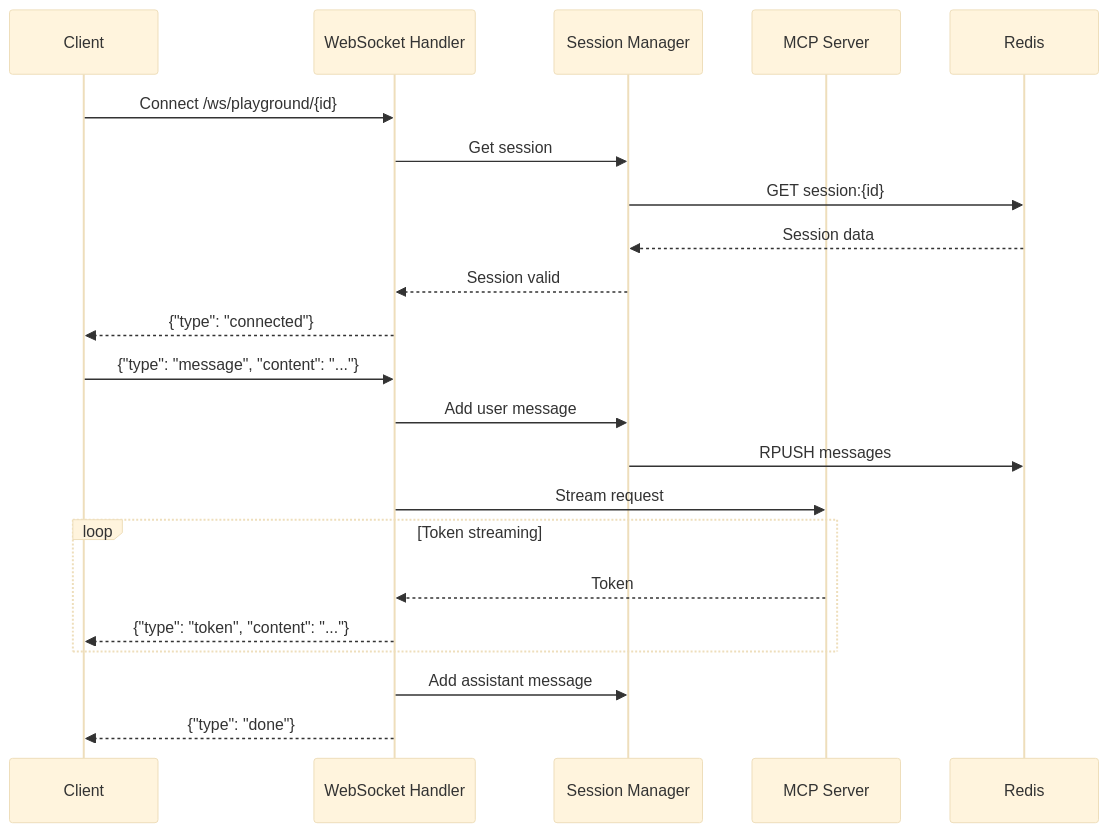
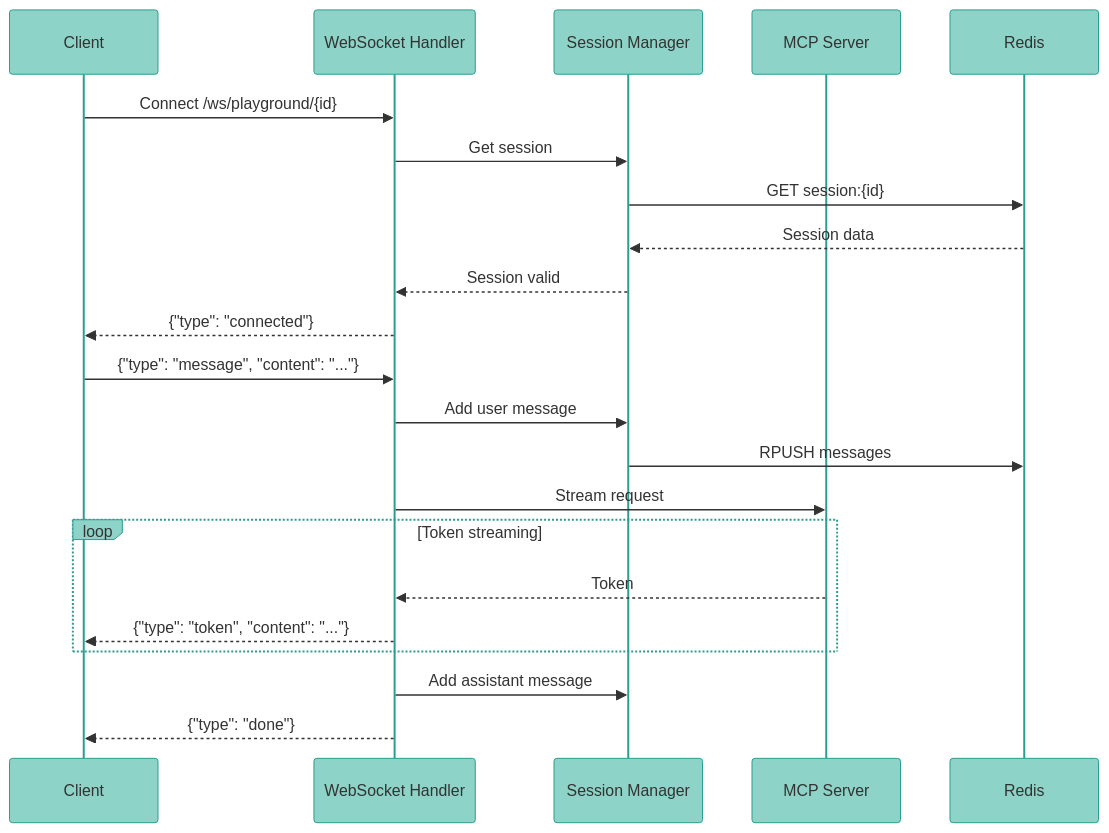
The diagram in docs/architecture/adr-0067-interactive-playground.mdx (vishnu2kmohan/mcp-server-langgraph), drawn with Mermaid before and after one commit.

Commit message:
style: add ColorBrewer2 theme to sequence diagram in ADR-0067
🤖 Generated with [Claude Code](https://claude.com/claude-code)

````diff
--- a/docs/architecture/adr-0067-interactive-playground.mdx
+++ b/docs/architecture/adr-0067-interactive-playground.mdx
@@ -149,27 +149,34 @@
 ```mermaid
-%%{init: {'theme':'base'}}%%
+%%{init: {'theme':'base', 'themeVariables': {
+  'primaryColor':'#8dd3c7',
+  'primaryTextColor':'#333',
+  'primaryBorderColor':'#2a9d8f',
+  'lineColor':'#fb8072',
+  'secondaryColor':'#fdb462',
+  'tertiaryColor':'#b3de69'
+}}}%%
 sequenceDiagram
     participant Client
     participant WS as WebSocket Handler
     participant SM as Session Manager
     participant MCP as MCP Server
     participant Redis
 
     Client->>WS: Connect /ws/playground/{id}
     WS->>SM: Get session
     SM->>Redis: GET session:{id}
     Redis-->>SM: Session data
     SM-->>WS: Session valid
     WS-->>Client: {"type": "connected"}
 
     Client->>WS: {"type": "message", "content": "..."}
     WS->>SM: Add user message
     SM->>Redis: RPUSH messages
     WS->>MCP: Stream request
     loop Token streaming
         MCP-->>WS: Token
         WS-->>Client: {"type": "token", "content": "..."}
     end
     WS->>SM: Add assistant message
     WS-->>Client: {"type": "done"}
 ```
````
